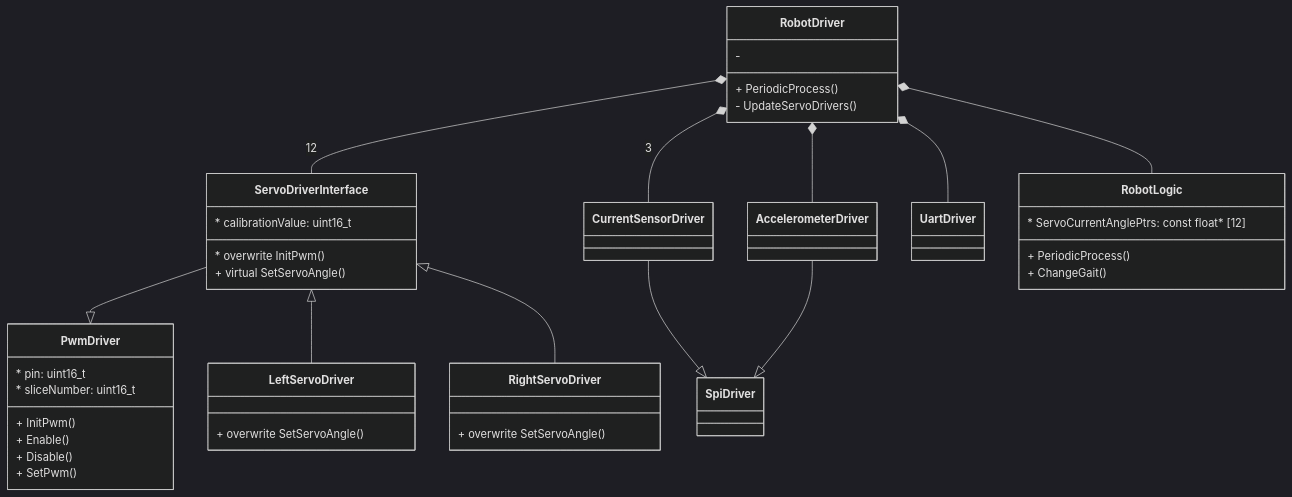
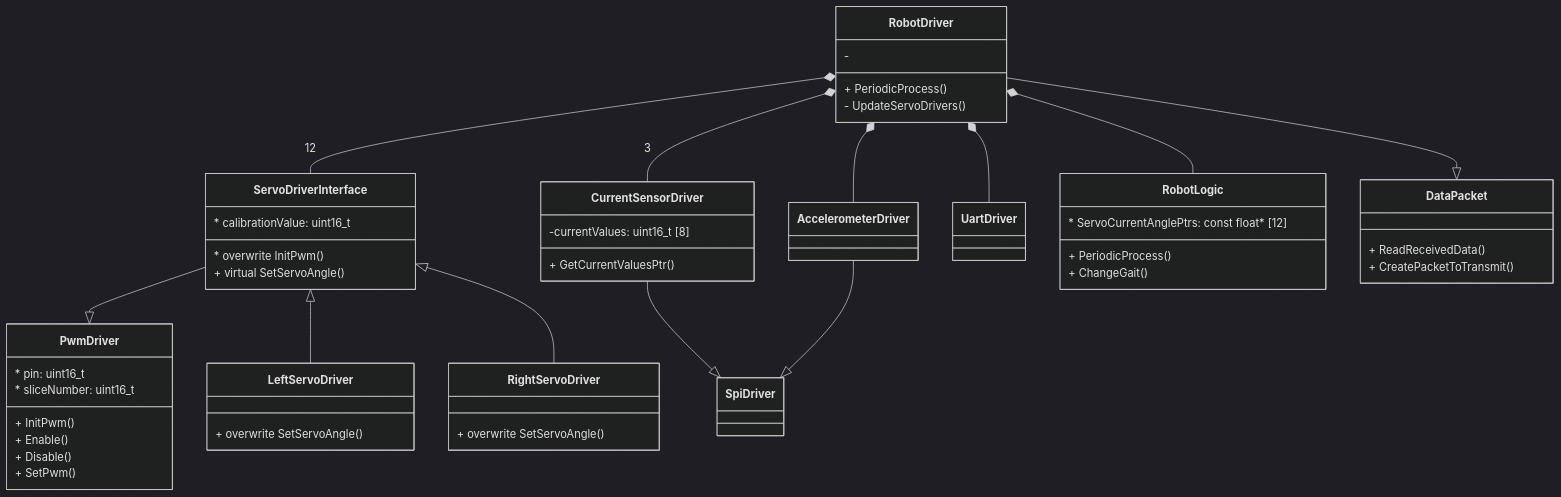
Before and after one commit to putzio/Hexapod-2.0: the second of 2 diagrams in README.md, drawn with Mermaid (dark theme). The commit also changed other lines of this file, not shown here.

Commit message:
README update

````diff
--- a/README.md
+++ b/README.md
@@ -110,52 +110,65 @@
 ```mermaid
     classDiagram
     %%Driver classes relations:
 
     ServoDriverInterface --|> PwmDriver
     ServoDriverInterface <|-- LeftServoDriver
     ServoDriverInterface <|-- RightServoDriver
 
     CurrentSensorDriver --|> SpiDriver
-    AccelerometerDriver --|> SpiDriver   
+    AccelerometerDriver --|> SpiDriver  
+
 
     RobotDriver *-- ServoDriverInterface: 12
     RobotDriver *-- CurrentSensorDriver: 3
     RobotDriver *-- AccelerometerDriver
     RobotDriver *-- UartDriver
     RobotDriver *-- RobotLogic
+    RobotDriver --|> DataPacket
 
     class PwmDriver{
         * pin: uint16_t
         * sliceNumber: uint16_t
 
         + InitPwm()
         + Enable()
         + Disable()
         + SetPwm()
     }
 
     class ServoDriverInterface{
         * calibrationValue: uint16_t
         
         * overwrite InitPwm()
         + virtual SetServoAngle()
     }
     class LeftServoDriver{
         + overwrite SetServoAngle()
     }
     class RightServoDriver{
         + overwrite SetServoAngle()
     }
 
+    class CurrentSensorDriver{
+        -currentValues: uint16_t [8]
+        
+        + GetCurrentValuesPtr()
+    }
+
     class RobotLogic{
         * ServoCurrentAnglePtrs: const float* [12] 
         + PeriodicProcess()
         + ChangeGait()
     }
 
     class RobotDriver{
         + PeriodicProcess()
         - UpdateServoDrivers()
         - 
     }
+
+    class DataPacket{
+        + ReadReceivedData()
+        + CreatePacketToTransmit()
+    }
 ```
````
